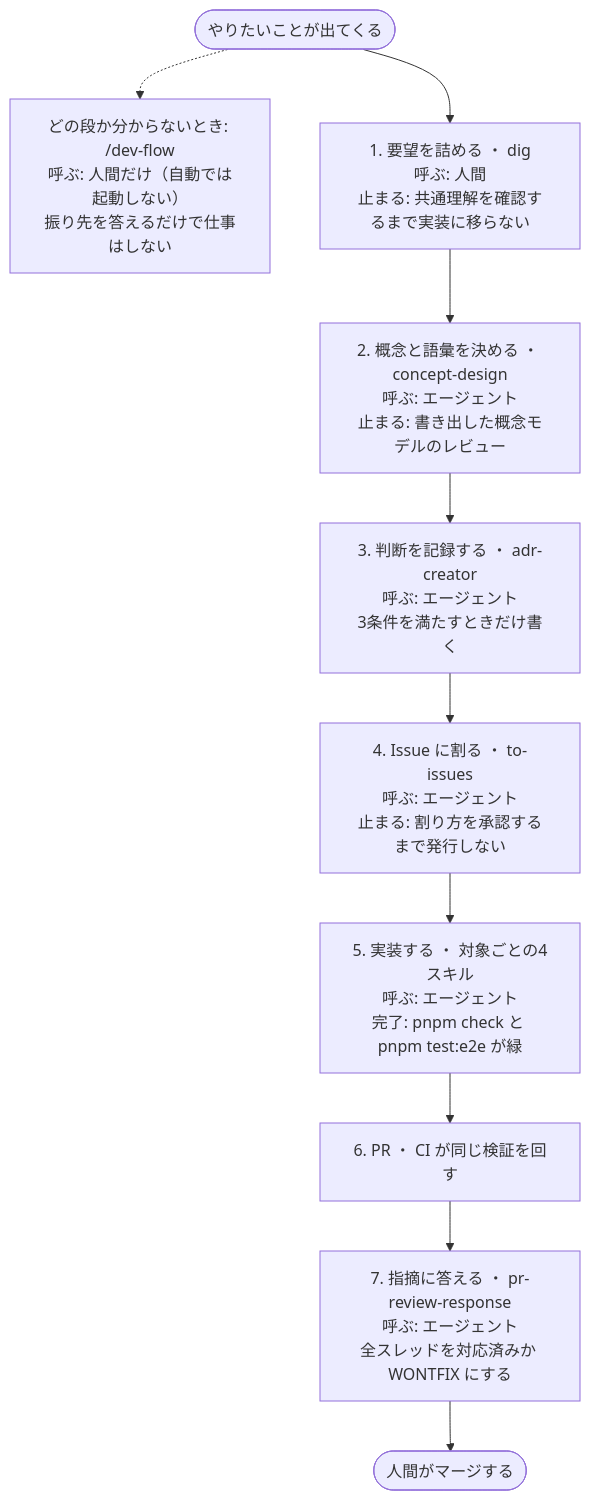
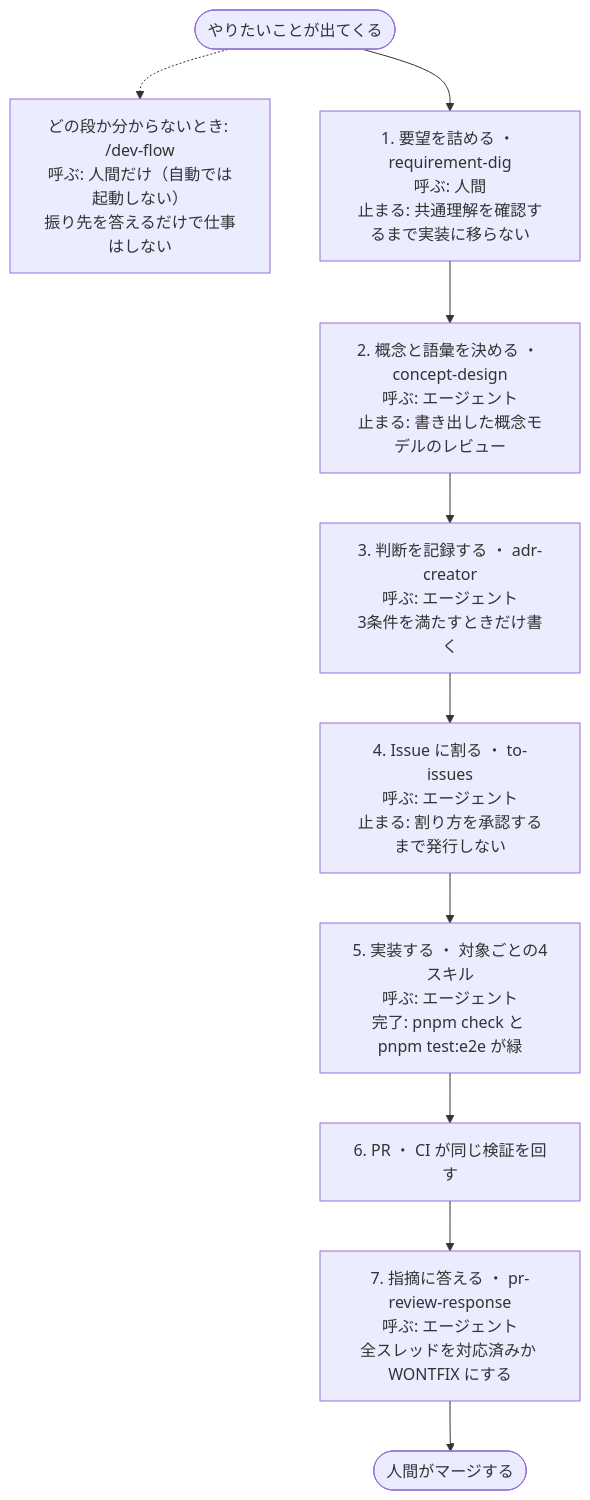
One commit to dot-ma801/taku-biyori changed the first of 2 diagrams in README.md. Above: the diagram before and after it, drawn with Mermaid. The commit also changed other lines of this file and 9 other files, not shown here.

First line of the commit message:
[update] dig スキルを requirement-dig に改名する

````diff
--- a/README.md
+++ b/README.md
@@ -46,16 +46,16 @@
 ```mermaid
 flowchart TD
     S([やりたいことが出てくる])
     NAV["どの段か分からないとき: /dev-flow<br/>呼ぶ: 人間だけ（自動では起動しない）<br/>振り先を答えるだけで仕事はしない"]
-    A["1. 要望を詰める ・ dig<br/>呼ぶ: 人間<br/>止まる: 共通理解を確認するまで実装に移らない"]
+    A["1. 要望を詰める ・ requirement-dig<br/>呼ぶ: 人間<br/>止まる: 共通理解を確認するまで実装に移らない"]
     B["2. 概念と語彙を決める ・ concept-design<br/>呼ぶ: エージェント<br/>止まる: 書き出した概念モデルのレビュー"]
     C["3. 判断を記録する ・ adr-creator<br/>呼ぶ: エージェント<br/>3条件を満たすときだけ書く"]
     D["4. Issue に割る ・ to-issues<br/>呼ぶ: エージェント<br/>止まる: 割り方を承認するまで発行しない"]
     E["5. 実装する ・ 対象ごとの4スキル<br/>呼ぶ: エージェント<br/>完了: pnpm check と pnpm test:e2e が緑"]
     F["6. PR ・ CI が同じ検証を回す"]
     G["7. 指摘に答える ・ pr-review-response<br/>呼ぶ: エージェント<br/>全スレッドを対応済みか WONTFIX にする"]
     H([人間がマージする])
 
     S --> A --> B --> C --> D --> E --> F --> G --> H
     S -.-> NAV
 ```
````
